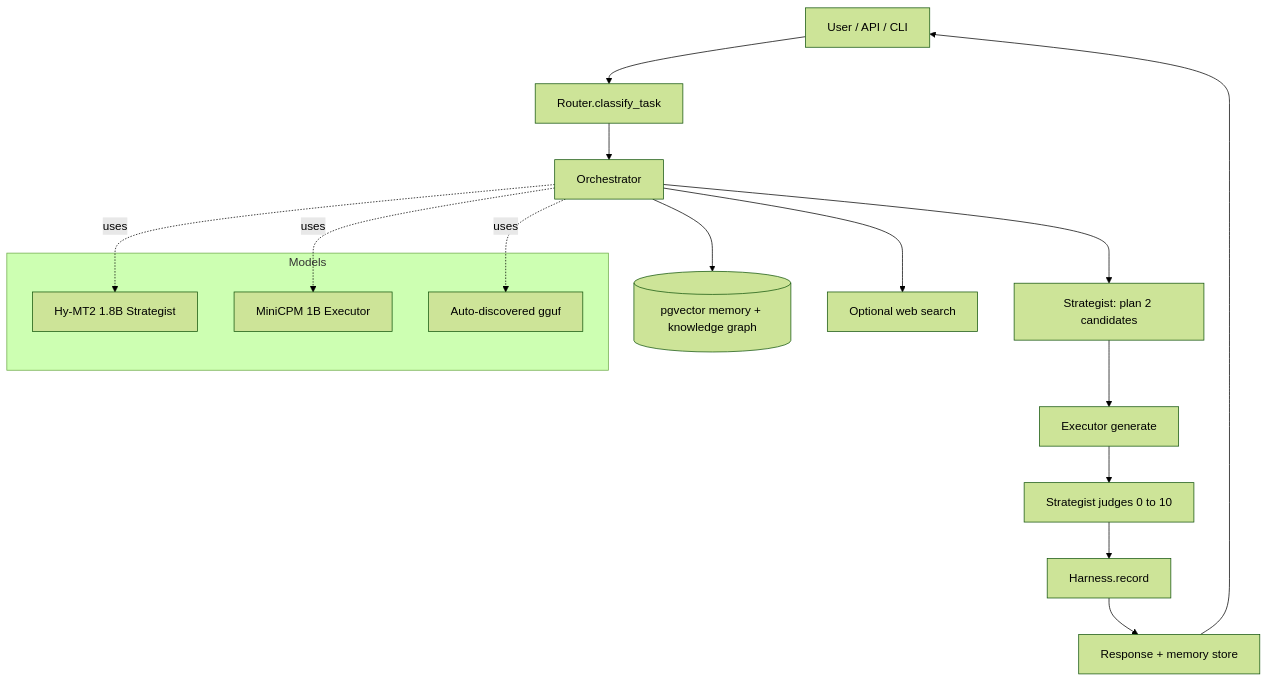
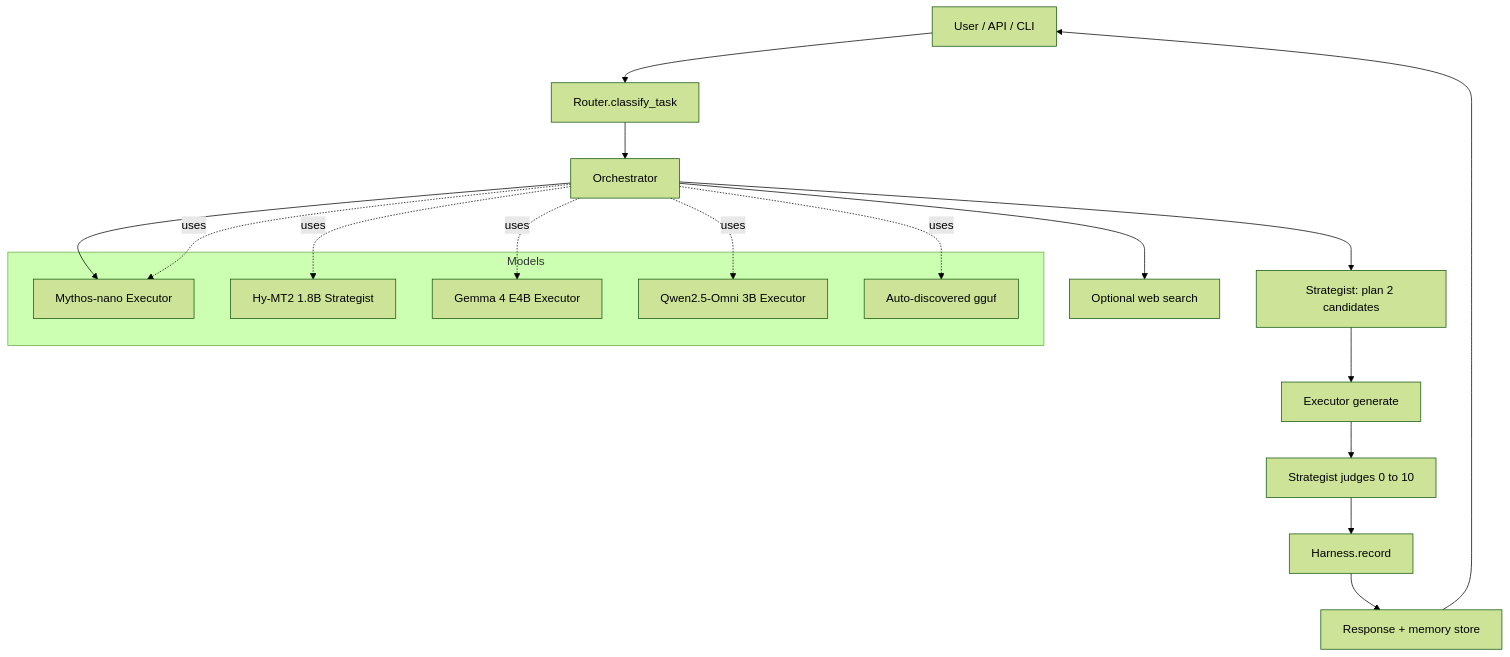
The first of 3 diagrams in README.md (rbkhan007/Sovereign-Agentic-AI), drawn with Mermaid (forest theme) before and after one commit. The commit also changed other lines of this file and 31 other files, not shown here.

````diff
--- a/README.md
+++ b/README.md
@@ -190,22 +92,26 @@
 ```mermaid
 flowchart TD
     U[User / API / CLI] --> R[Router.classify_task]
     R --> O[Orchestrator]
     O --> P[Strategist: plan 2 candidates]
     O --> M[(pgvector memory + knowledge graph)]
     O --> W[Optional web search]
     P --> E[Executor generate]
     E --> J[Strategist judges 0 to 10]
     J --> H[Harness.record]
     H --> RES[Response + memory store]
     RES --> U
 
     subgraph Models
       S[Hy-MT2 1.8B Strategist]
-      X[MiniCPM 1B Executor]
+      X[Gemma 4 E4B Executor]
+      Q[Qwen2.5-Omni 3B Executor]
+      M[Mythos-nano Executor]
       G[Auto-discovered gguf]
     end
     O -.uses.-> S
     O -.uses.-> X
+    O -.uses.-> Q
+    O -.uses.-> M
     O -.uses.-> G
 ```
````
